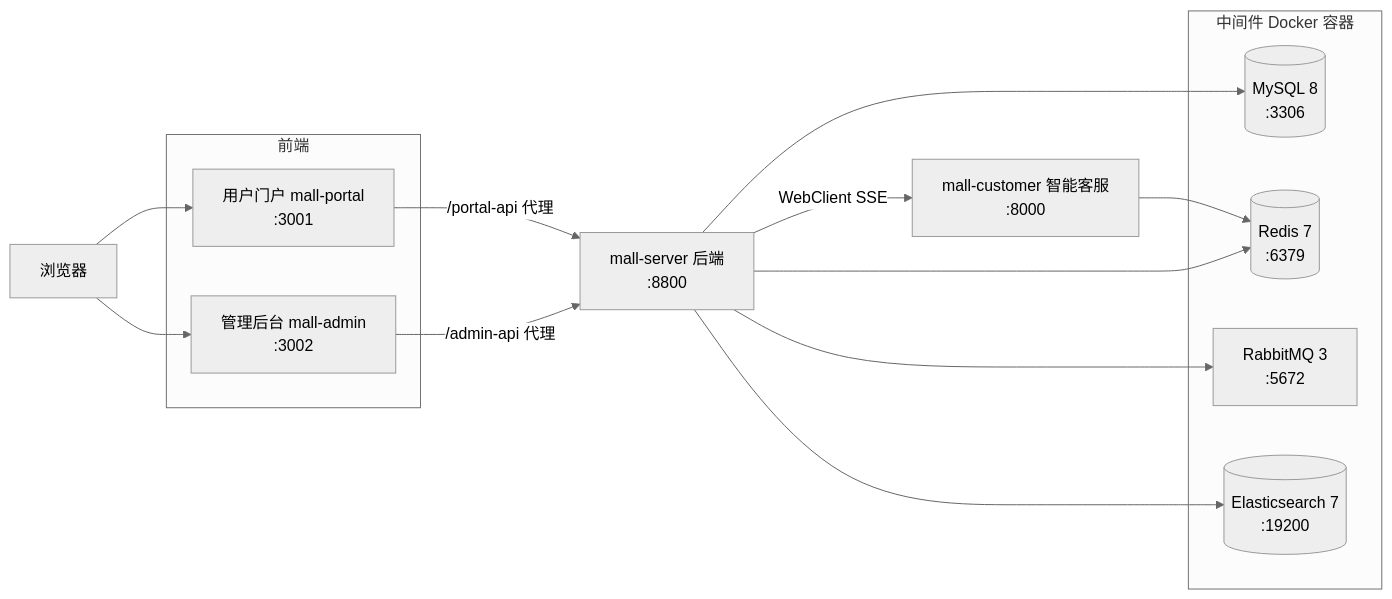
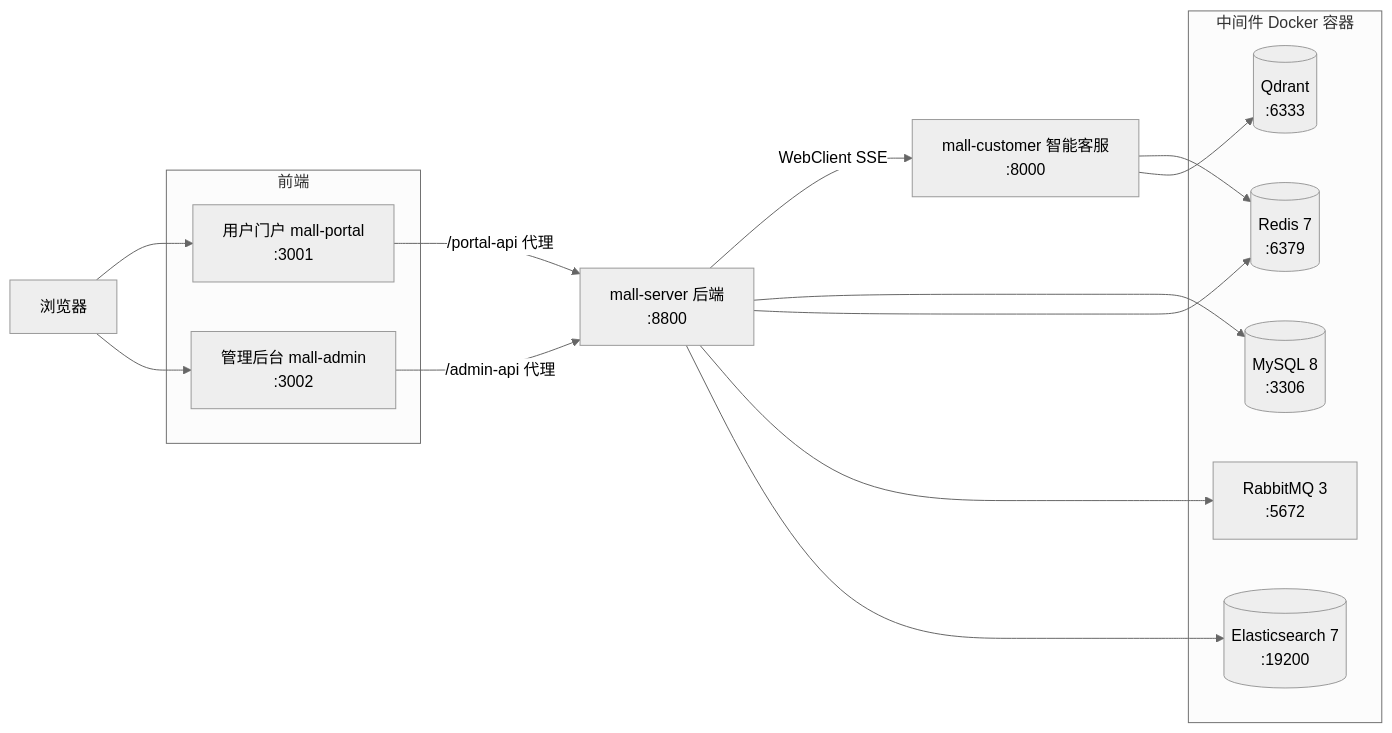
The third of 3 diagrams in data/readmes/quuuuj__mall.md (zqf20096327/dbhub_collect), drawn with Mermaid (neutral theme) before and after one commit. The commit also changed other lines of this file and 740 other files, not shown here.

````diff
--- a/data/readmes/quuuuj__mall.md
+++ b/data/readmes/quuuuj__mall.md
@@ -137,30 +138,32 @@
 ```mermaid
 flowchart LR
     B[浏览器]
 
     subgraph 前端
         P[用户门户 mall-portal<br/>:3001]
         A[管理后台 mall-admin<br/>:3002]
     end
 
     S[mall-server 后端<br/>:8800]
     C[mall-customer 智能客服<br/>:8000]
 
     subgraph 中间件 Docker 容器
         M[(MySQL 8<br/>:3306)]
         R[(Redis 7<br/>:6379)]
         Q[RabbitMQ 3<br/>:5672]
         E[(Elasticsearch 7<br/>:19200)]
+        V[(Qdrant<br/>:6333)]
     end
 
     B --> P
     B --> A
     P -->|/portal-api 代理| S
     A -->|/admin-api 代理| S
     S -->|WebClient SSE| C
     C --> R
+    C --> V
     S --> M
     S --> R
     S --> Q
     S --> E
 ```
````
